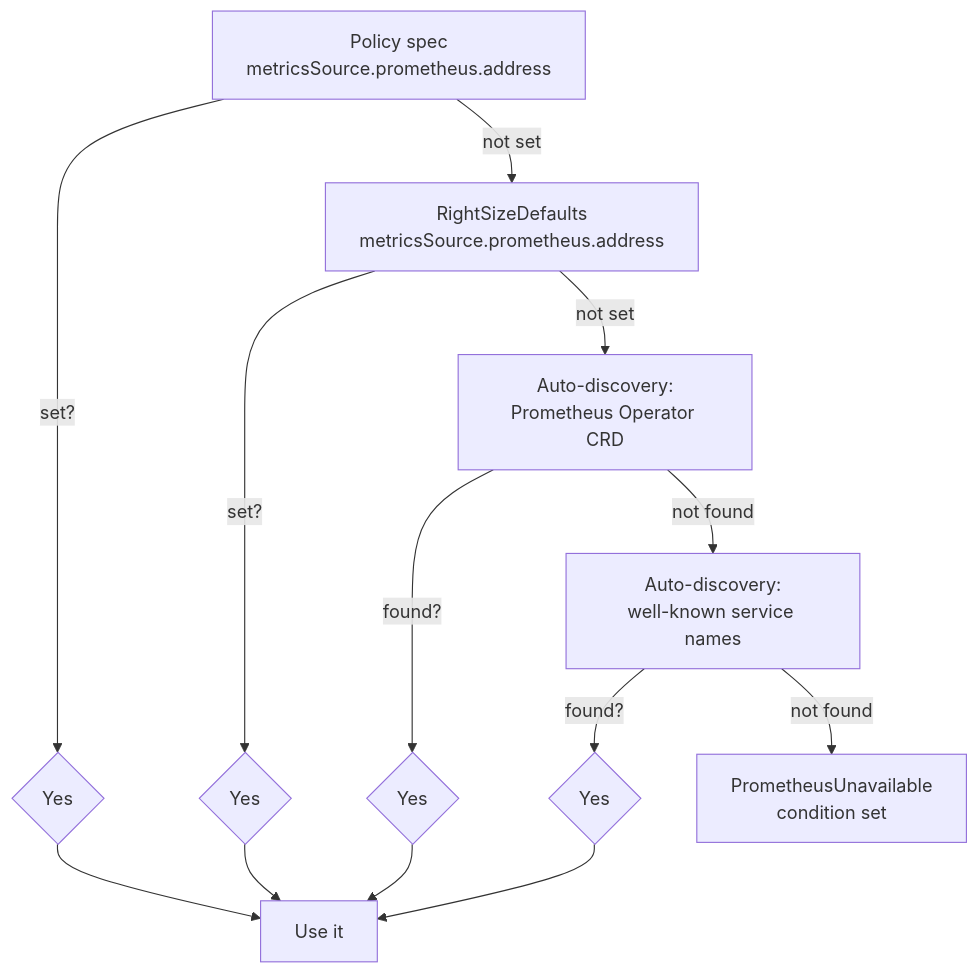
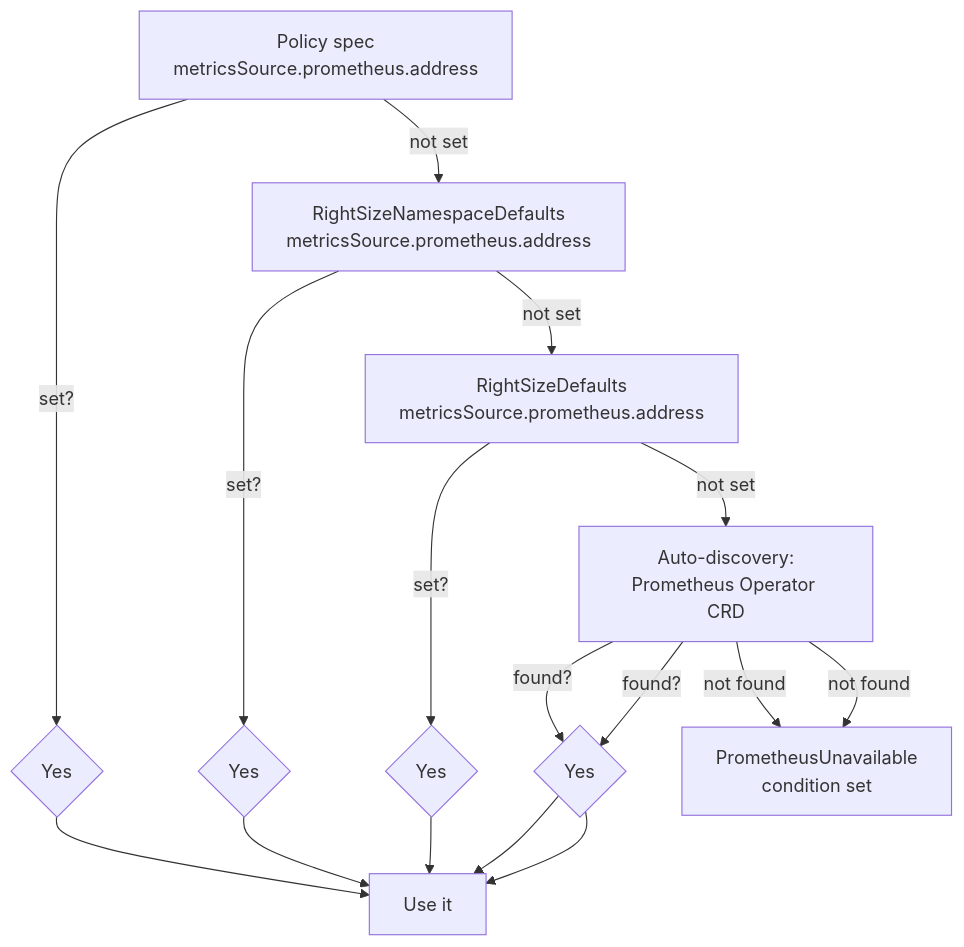
The diagram in docs/guides/prometheus-setup.md (attune-io/attune), drawn with Mermaid before and after one commit. The commit also changed other lines of this file and 5 other files, not shown here.

Commit message:
docs: add namespace defaults to core guidance

````diff
--- a/docs/guides/prometheus-setup.md
+++ b/docs/guides/prometheus-setup.md
@@ -37,15 +37,18 @@
 ```mermaid
 flowchart TD
     A[Policy spec<br/>metricsSource.prometheus.address] -->|set?| B{Yes}
     B --> Z[Use it]
-    A -->|not set| C[RightSizeDefaults<br/>metricsSource.prometheus.address]
+    A -->|not set| C[RightSizeNamespaceDefaults<br/>metricsSource.prometheus.address]
     C -->|set?| D{Yes}
     D --> Z
-    C -->|not set| E[Auto-discovery:<br/>Prometheus Operator CRD]
-    E -->|found?| F{Yes}
+    C -->|not set| E[RightSizeDefaults<br/>metricsSource.prometheus.address]
+    E -->|set?| F{Yes}
     F --> Z
-    E -->|not found| G[Auto-discovery:<br/>well-known service names]
+    E -->|not set| G[Auto-discovery:<br/>Prometheus Operator CRD]
+    G -->|found?| H{Yes}
+    H --> Z
+    G -->|not found| I[Auto-discovery:<br/>well-known service names]
     G -->|found?| H{Yes}
     H --> Z
     G -->|not found| I[PrometheusUnavailable<br/>condition set]
 ```
````
